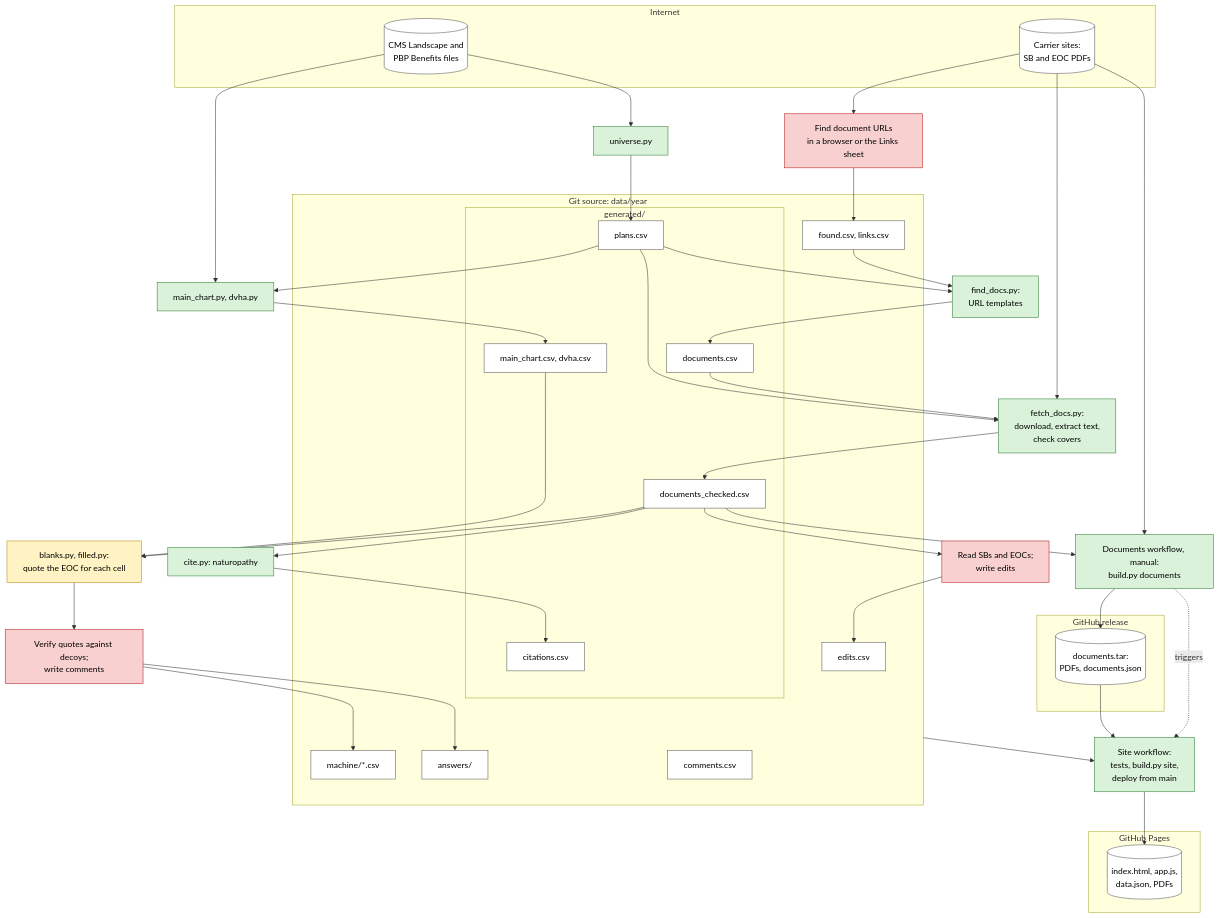
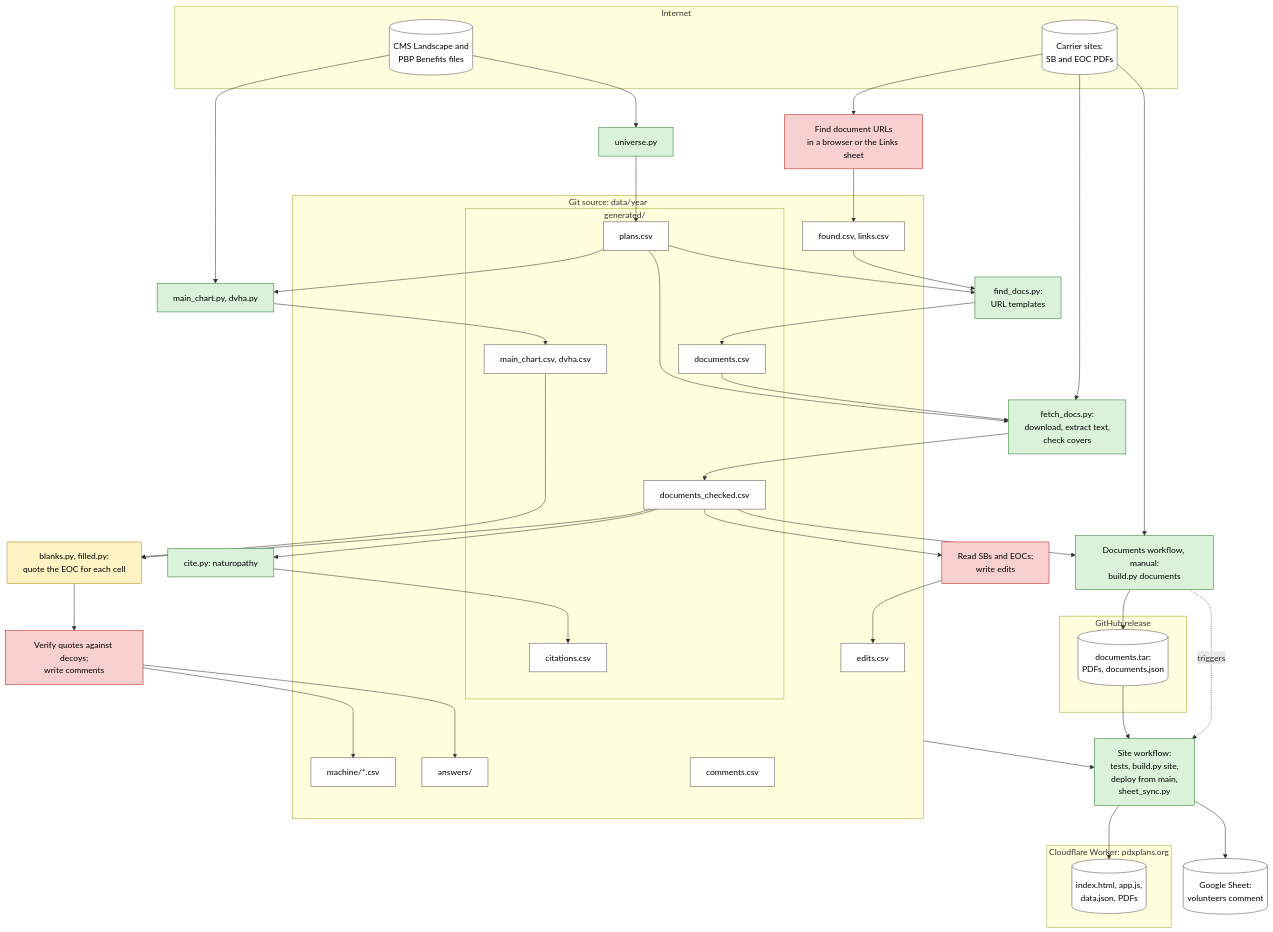
One commit to rosenhouse-bot-sandbox/shiba-data changed the diagram in docs/pipeline.md. Above: the diagram before and after it, drawn with Mermaid. The commit also changed 2 other files, not shown here.

Commit message:
Describe the Cloudflare Worker and live Google Sheet in the docs
Claude-Session: https://claude.ai/code/session_01XJNHFyLFBWrxxEKtcYjcsS

````diff
--- a/docs/pipeline.md
+++ b/docs/pipeline.md
@@ -5,65 +5,67 @@
 ```mermaid
 flowchart TB
   classDef det fill:#d9f2d9,stroke:#2e7d32,color:#000
   classDef cheap fill:#fff3c4,stroke:#b8860b,color:#000
   classDef heavy fill:#f8d0d0,stroke:#b71c1c,color:#000
   classDef state fill:#fff,stroke:#555,color:#000
 
   subgraph external [Internet]
     carriers[(Carrier sites:<br>SB and EOC PDFs)]:::state
     cms[(CMS Landscape and<br>PBP Benefits files)]:::state
   end
 
   subgraph git [Git source: data/year]
     finds[found.csv, links.csv]:::state
     subgraph generated [generated/]
       plans[plans.csv]:::state
       documents[documents.csv]:::state
       checked[documents_checked.csv]:::state
       citations[citations.csv]:::state
       sheets[main_chart.csv, dvha.csv]:::state
     end
     eoccites[machine/*.csv]:::state
     answers[answers/]:::state
     edits[edits.csv]:::state
     comments[comments.csv]:::state
   end
 
   subgraph release [GitHub release]
     tar[(documents.tar:<br>PDFs, documents.json)]:::state
   end
 
-  subgraph web [GitHub Pages]
+  subgraph web [Cloudflare Worker: pdxplans.org]
     site[(index.html, app.js,<br>data.json, PDFs)]:::state
   end
+
+  sheet[(Google Sheet:<br>volunteers comment)]:::state
 
   findurls[Find document URLs<br>in a browser or the Links sheet]:::heavy
   finddocs[find_docs.py:<br>URL templates]:::det
   universe[universe.py]:::det
   fetch[fetch_docs.py:<br>download, extract text,<br>check covers]:::det
   review[Read SBs and EOCs;<br>write edits]:::heavy
   cite[cite.py: naturopathy]:::det
   gen[main_chart.py, dvha.py]:::det
 
   carriers --> findurls --> finds
   finds & plans --> finddocs --> documents
   cms --> universe --> plans
   documents & plans --> fetch --> checked
   carriers --> fetch
   checked --> review --> edits
   checked --> cite --> citations
   cms & plans --> gen --> sheets
 
   extract[blanks.py, filled.py:<br>quote the EOC for each cell]:::cheap
   verify[Verify quotes against decoys;<br>write comments]:::heavy
 
   checked & sheets --> extract --> verify --> eoccites & answers
 
   docwf[Documents workflow, manual:<br>build.py documents]:::det
-  sitewf[Site workflow:<br>tests, build.py site,<br>deploy from main]:::det
+  sitewf[Site workflow:<br>tests, build.py site,<br>deploy from main,<br>sheet_sync.py]:::det
 
   checked --> docwf
   carriers --> docwf --> tar
   docwf -. triggers .-> sitewf
-  tar & git --> sitewf --> site
+  tar & git --> sitewf --> site & sheet
 ```
````
